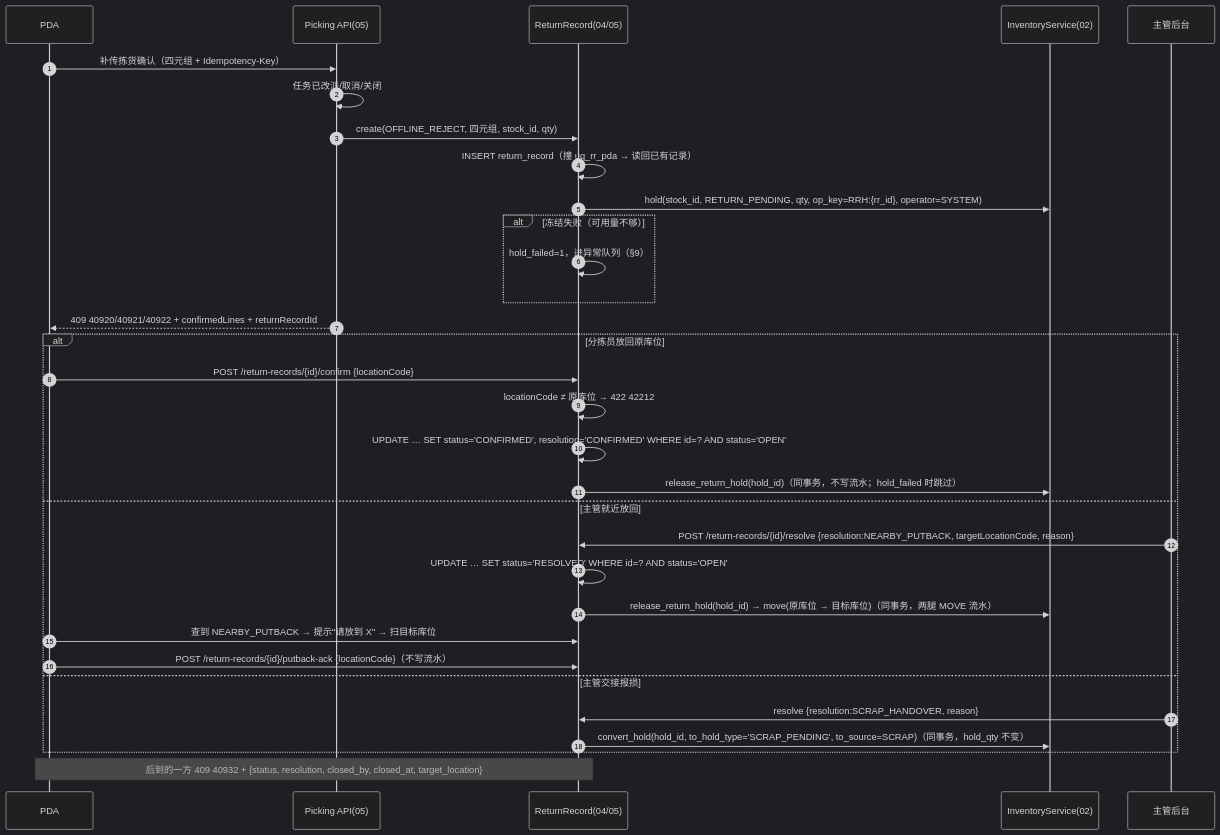
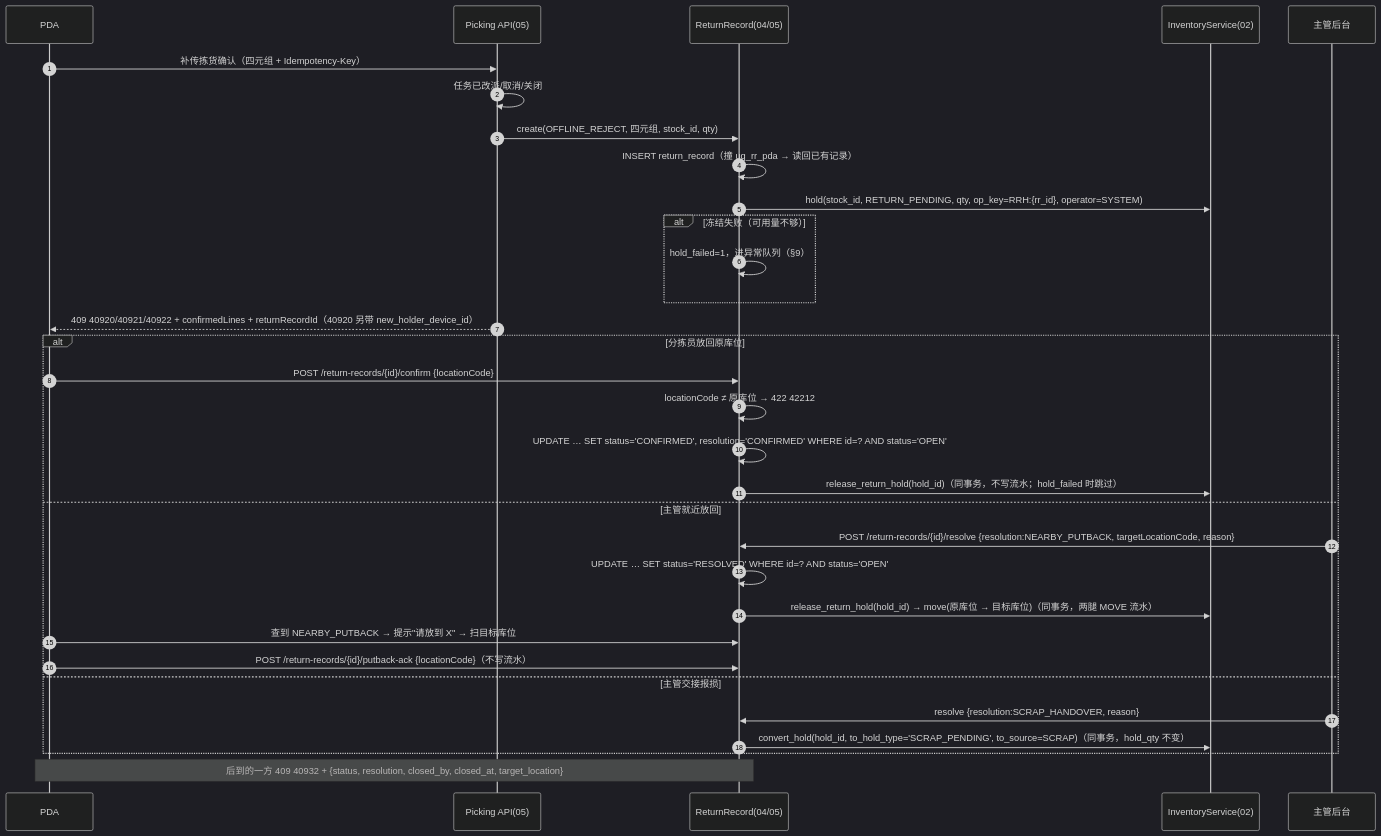
The fourth of 4 diagrams in docs/04-出库与分配.md (Akarin7784/fresh-wms), drawn with Mermaid (dark theme) before and after one commit. The commit also changed 1 other file, not shown here.

Commit message:
docs(00/04): 40920 detail new_holder_device_id

````diff
--- a/docs/04-出库与分配.md
+++ b/docs/04-出库与分配.md
@@ -304,34 +304,34 @@
 ```mermaid
 sequenceDiagram
   autonumber
   participant PDA
   participant PK as Picking API(05)
   participant RR as ReturnRecord(04/05)
   participant INV as InventoryService(02)
   participant SUP as 主管后台
   PDA->>PK: 补传拣货确认（四元组 + Idempotency-Key）
   PK->>PK: 任务已改派/取消/关闭
   PK->>RR: create(OFFLINE_REJECT, 四元组, stock_id, qty)
   RR->>RR: INSERT return_record（撞 uq_rr_pda → 读回已有记录）
   RR->>INV: hold(stock_id, RETURN_PENDING, qty, op_key=RRH:{rr_id}, operator=SYSTEM)
   alt 冻结失败（可用量不够）
     RR->>RR: hold_failed=1，进异常队列（§9）
   end
-  PK-->>PDA: 409 40920/40921/40922 + confirmedLines + returnRecordId
+  PK-->>PDA: 409 40920/40921/40922 + confirmedLines + returnRecordId（40920 另带 new_holder_device_id）
   alt 分拣员放回原库位
     PDA->>RR: POST /return-records/{id}/confirm {locationCode}
     RR->>RR: locationCode ≠ 原库位 → 422 42212
     RR->>RR: UPDATE … SET status='CONFIRMED', resolution='CONFIRMED' WHERE id=? AND status='OPEN'
     RR->>INV: release_return_hold(hold_id)（同事务，不写流水；hold_failed 时跳过）
   else 主管就近放回
     SUP->>RR: POST /return-records/{id}/resolve {resolution:NEARBY_PUTBACK, targetLocationCode, reason}
     RR->>RR: UPDATE … SET status='RESOLVED' WHERE id=? AND status='OPEN'
     RR->>INV: release_return_hold(hold_id) → move(原库位 → 目标库位)（同事务，两腿 MOVE 流水）
     PDA->>RR: 查到 NEARBY_PUTBACK → 提示"请放到 X" → 扫目标库位
     PDA->>RR: POST /return-records/{id}/putback-ack {locationCode}（不写流水）
   else 主管交接报损
     SUP->>RR: resolve {resolution:SCRAP_HANDOVER, reason}
     RR->>INV: convert_hold(hold_id, to_hold_type='SCRAP_PENDING', to_source=SCRAP)（同事务，hold_qty 不变）
   end
   Note over PDA,RR: 后到的一方 409 40932 + {status, resolution, closed_by, closed_at, target_location}
 ```
````
